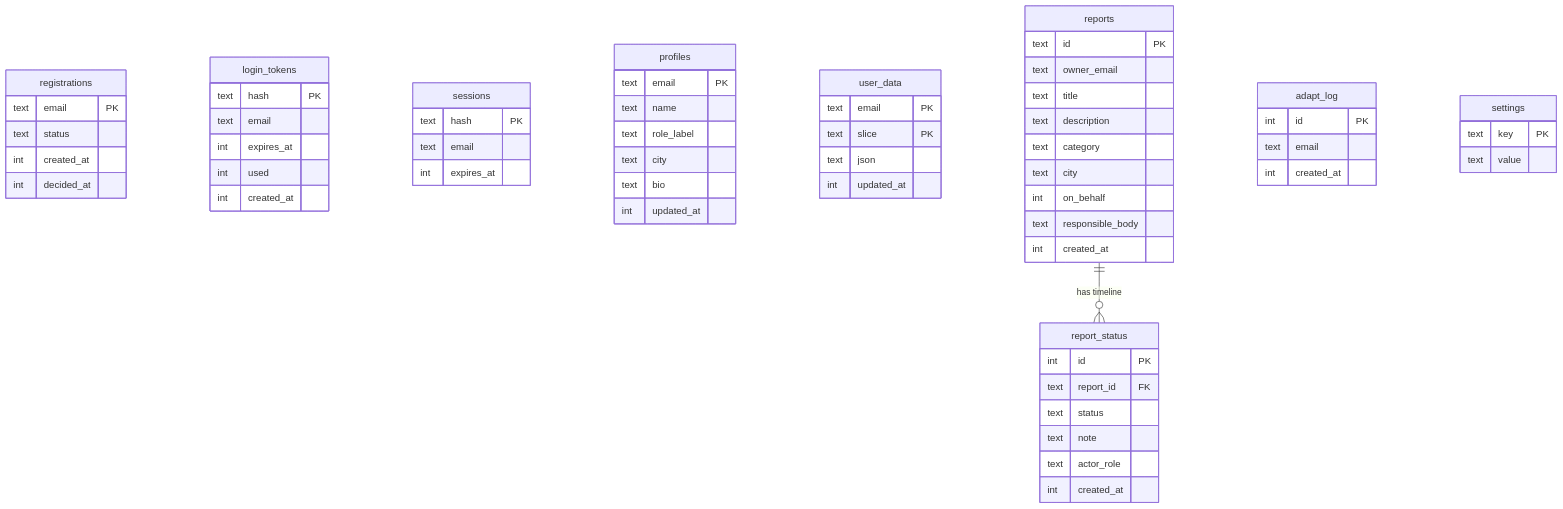
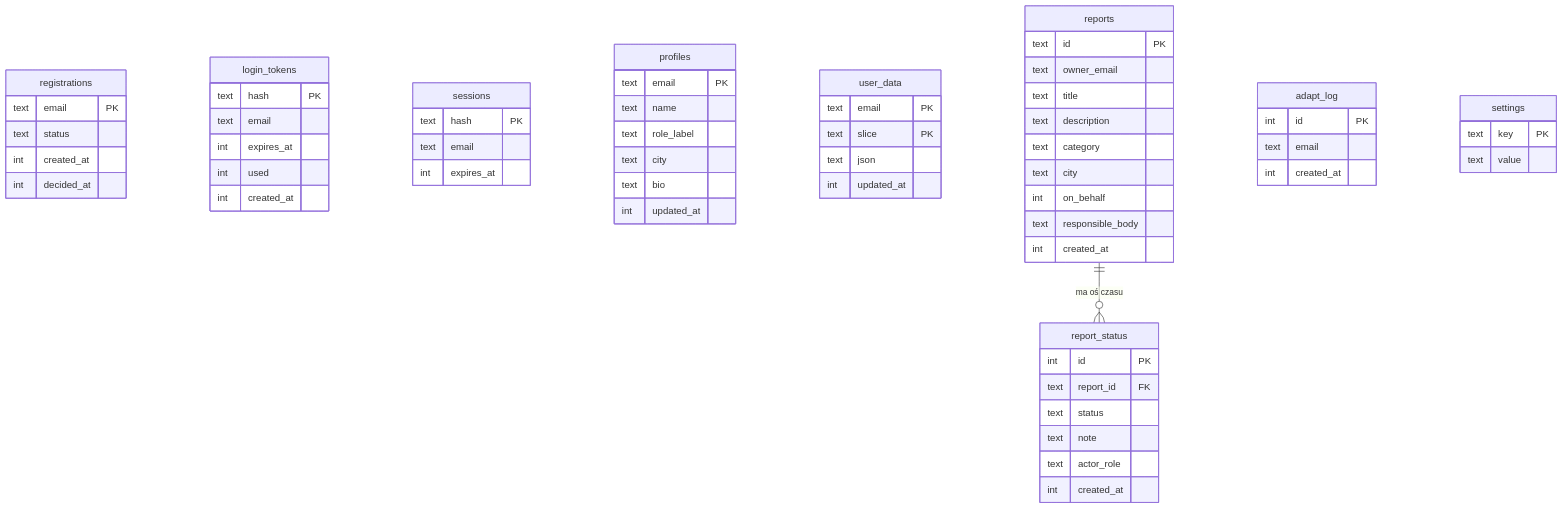
Before and after one commit to DLiHealer/bridgeway: the fifth of 8 diagrams in docs/ARCHITECTURE.md, drawn with Mermaid. The commit also changed other lines of this file and 11 other files, not shown here.

````diff
--- a/docs/ARCHITECTURE.md
+++ b/docs/ARCHITECTURE.md
@@ -155,14 +155,14 @@
 ```mermaid
 erDiagram
   registrations { text email PK  text status  int created_at  int decided_at }
   login_tokens { text hash PK  text email  int expires_at  int used  int created_at }
   sessions { text hash PK  text email  int expires_at }
   profiles { text email PK  text name  text role_label  text city  text bio  int updated_at }
   user_data { text email PK  text slice PK  text json  int updated_at }
   reports { text id PK  text owner_email  text title  text description  text category  text city  int on_behalf  text responsible_body  int created_at }
   report_status { int id PK  text report_id FK  text status  text note  text actor_role  int created_at }
   adapt_log { int id PK  text email  int created_at }
   settings { text key PK  text value }
 
-  reports ||--o{ report_status : "has timeline"
+  reports ||--o{ report_status : "ma oś czasu"
 ```
````
